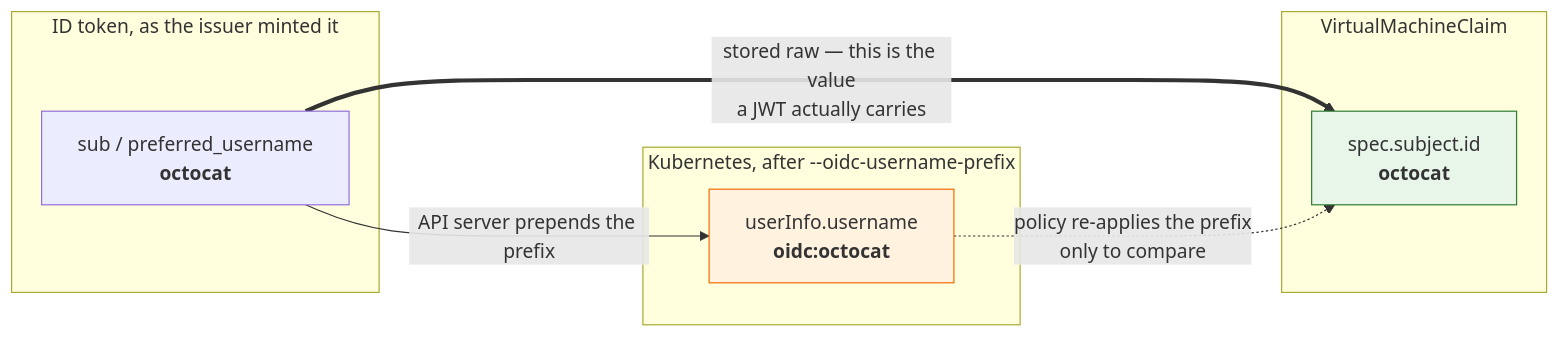
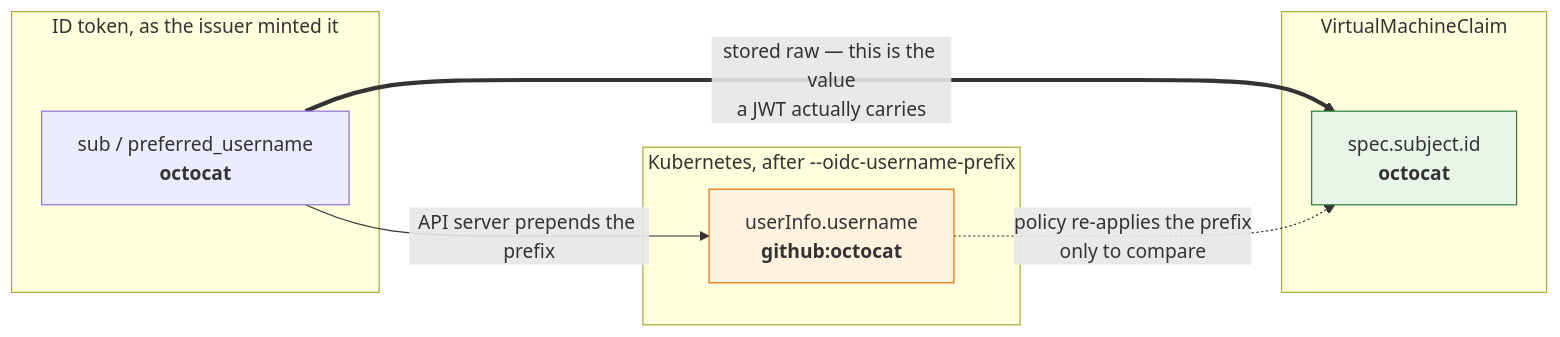
Before and after one commit to firestoned/banlieue: the second of 11 diagrams in docs/src/concepts/virtualmachine-claim-flow.md, drawn with Mermaid. The commit also changed other lines of this file and 15 other files, not shown here.

Commit message:
docs: Cloud Hypervisor vTPM pool timings (roadmap 17 phase G)

````diff
--- a/docs/src/concepts/virtualmachine-claim-flow.md
+++ b/docs/src/concepts/virtualmachine-claim-flow.md
@@ -109,19 +109,19 @@
 ```mermaid
 flowchart LR
     subgraph JWT["ID token, as the issuer minted it"]
         S["sub / preferred_username<br/><b>octocat</b>"]
     end
     subgraph K8S["Kubernetes, after --oidc-username-prefix"]
-        U["userInfo.username<br/><b>oidc:octocat</b>"]
+        U["userInfo.username<br/><b>github:octocat</b>"]
     end
     subgraph CR["VirtualMachineClaim"]
         C["spec.subject.id<br/><b>octocat</b>"]
     end
 
     S -->|"API server prepends the prefix"| U
     S ==>|"stored raw — this is the value<br/>a JWT actually carries"| C
     U -.->|"policy re-applies the prefix<br/>only to compare"| C
 
     style C fill:#e8f5e9,stroke:#2e7d32
     style U fill:#fff3e0,stroke:#ef6c00
 ```
````
